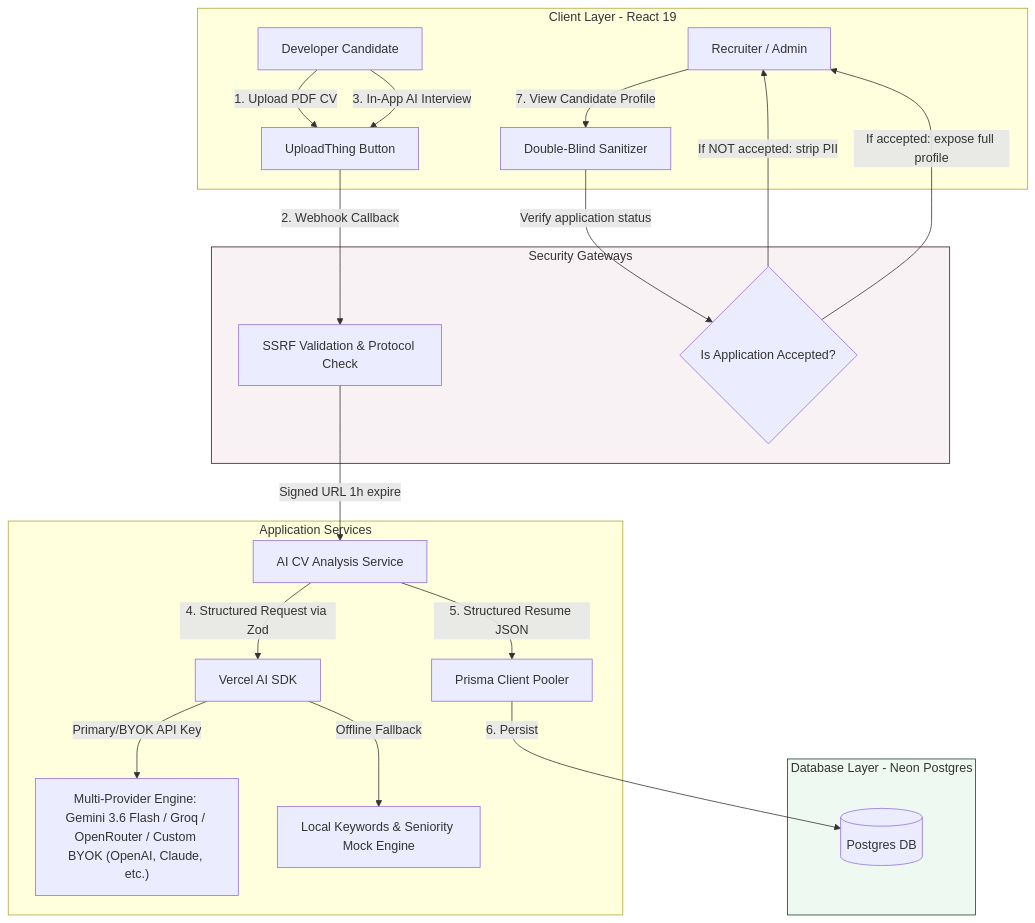
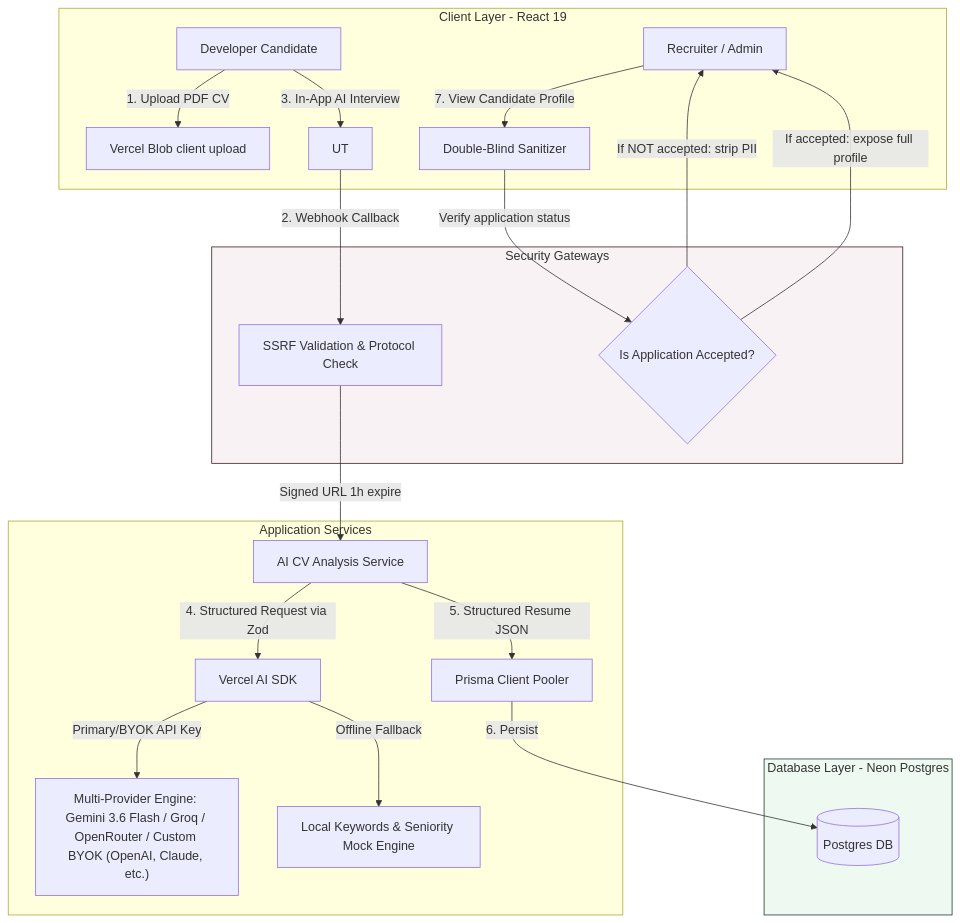
Before and after one commit to eliann313/SkillRadar: the diagram in README.md, drawn with Mermaid. The commit also changed other lines of this file and 19 other files, not shown here.

Commit message:
feat(storage): migrar subida de CVs de UploadThing a Vercel Blob

````diff
--- a/README.md
+++ b/README.md
@@ -22,30 +22,30 @@
 ```mermaid
 graph TD
     subgraph Client [Client Layer - React 19]
-        C[Developer Candidate] -->|1. Upload PDF CV| UT[UploadThing Button]
+        C[Developer Candidate] -->|1. Upload PDF CV| BLOB[Vercel Blob client upload]
         C -->|3. In-App AI Interview| UT
         R[Recruiter / Admin] -->|7. View Candidate Profile| DBV[Double-Blind Sanitizer]
     end
 
     subgraph Security [Security Gateways]
         UT -->|2. Webhook Callback| SSRF[SSRF Validation & Protocol Check]
         DBV -->|Verify application status| DB_Sec{Is Application Accepted?}
     end
 
     subgraph Service [Application Services]
         SSRF -->|Signed URL 1h expire| AI[AI CV Analysis Service]
         AI -->|4. Structured Request via Zod| VSDK[Vercel AI SDK]
         VSDK -->|Primary/BYOK API Key| LLM["Multi-Provider Engine: Gemini 3.6 Flash / Groq / OpenRouter / Custom BYOK (OpenAI, Claude, etc.)"]
         VSDK -->|Offline Fallback| MOCK[Local Keywords & Seniority Mock Engine]
         AI -->|5. Structured Resume JSON| Prisma[Prisma Client Pooler]
     end
 
     subgraph DB [Database Layer - Neon Postgres]
         Prisma -->|6. Persist| PGDB[(Postgres DB)]
         DB_Sec -->|If NOT accepted: strip PII| R
         DB_Sec -->|If accepted: expose full profile| R
     end
 
     style Security fill:#f9f2f4,stroke:#3a1a1a,stroke-width:1px
     style DB fill:#eef9f2,stroke:#1a3a2a,stroke-width:1px
 ```
````
